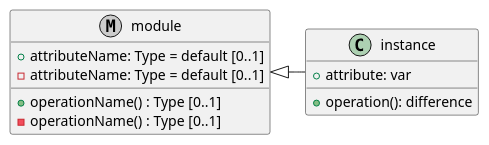
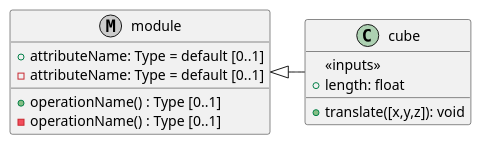
One commit to lj314159/openScad changed the first of 4 diagrams in masOpenScad/documentation.md. Above: the diagram before and after it, drawn with PlantUML. The commit also changed other lines of this file and 1 other file, not shown here.

````diff
--- a/masOpenScad/documentation.md
+++ b/masOpenScad/documentation.md
@@ -3,15 +3,16 @@
 ```puml
 @startuml
 metaclass module {
     +attributeName: Type = default [0..1]
     -attributeName: Type = default [0..1]
     +operationName() : Type [0..1]
     -operationName() : Type [0..1]
 }
-class instance {
-    +attribute: var
-    +operation(): difference
+class cube {
+    <<inputs>>
+    +length: float
+    +translate([x,y,z]): void
 }
-module <|-right- instance
+module <|-right- cube
 @enduml
 ```
````
